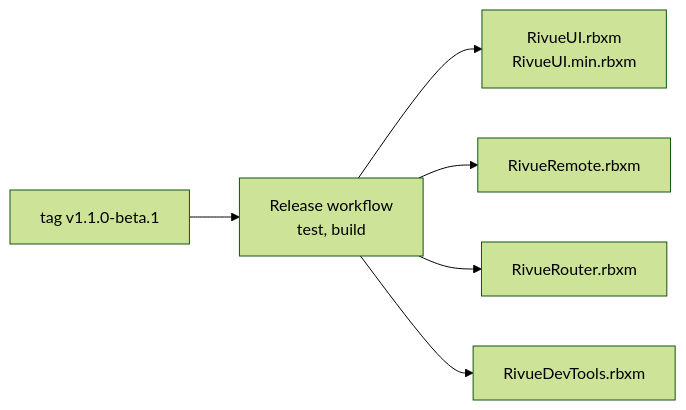
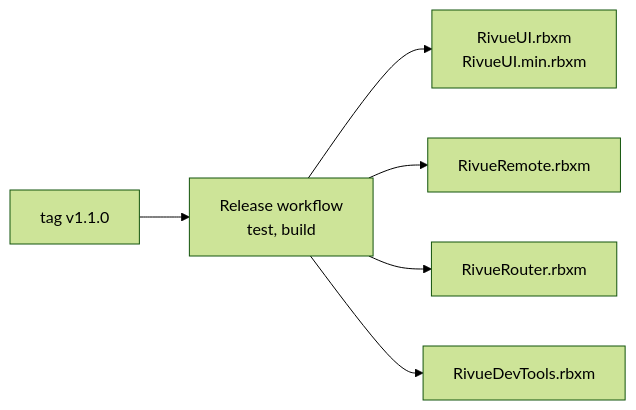
The first of 2 diagrams in docs/RELEASING.md (linhisreal/Rivue), drawn with Mermaid (forest theme) before and after one commit. The commit also changed other lines of this file and 11 other files, not shown here.

````diff
--- a/docs/RELEASING.md
+++ b/docs/RELEASING.md
@@ -19,8 +19,8 @@
 ```mermaid
 flowchart LR
-    T["tag v1.1.0-beta.1"] --> W["Release workflow<br/>test, build"]
+    T["tag v1.1.0"] --> W["Release workflow<br/>test, build"]
     W --> R1["RivueUI.rbxm<br/>RivueUI.min.rbxm"]
     W --> R2["RivueRemote.rbxm"]
     W --> R4["RivueRouter.rbxm"]
     W --> R3["RivueDevTools.rbxm"]
 ```
````
